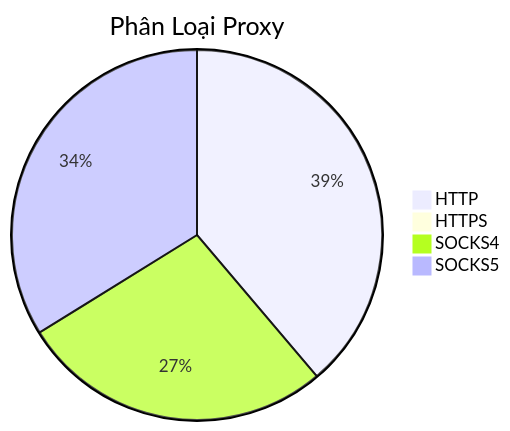
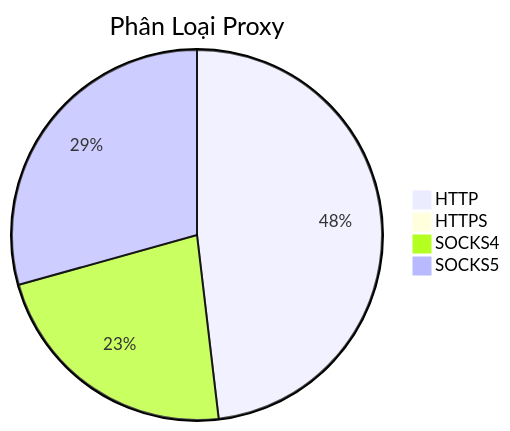
One commit to Ciara-12/PROXY-free changed the diagram in README.md. Above: the diagram before and after it, drawn with Mermaid. The commit also changed other lines of this file and 4 other files, not shown here.

````diff
--- a/README.md
+++ b/README.md
@@ -26,7 +26,7 @@
 ```mermaid
 pie title Phân Loại Proxy
-    "HTTP" : 655
+    "HTTP" : 1068
     "HTTPS" : 2
-    "SOCKS4" : 462
-    "SOCKS5" : 571
+    "SOCKS4" : 500
+    "SOCKS5" : 651
 ```
````
